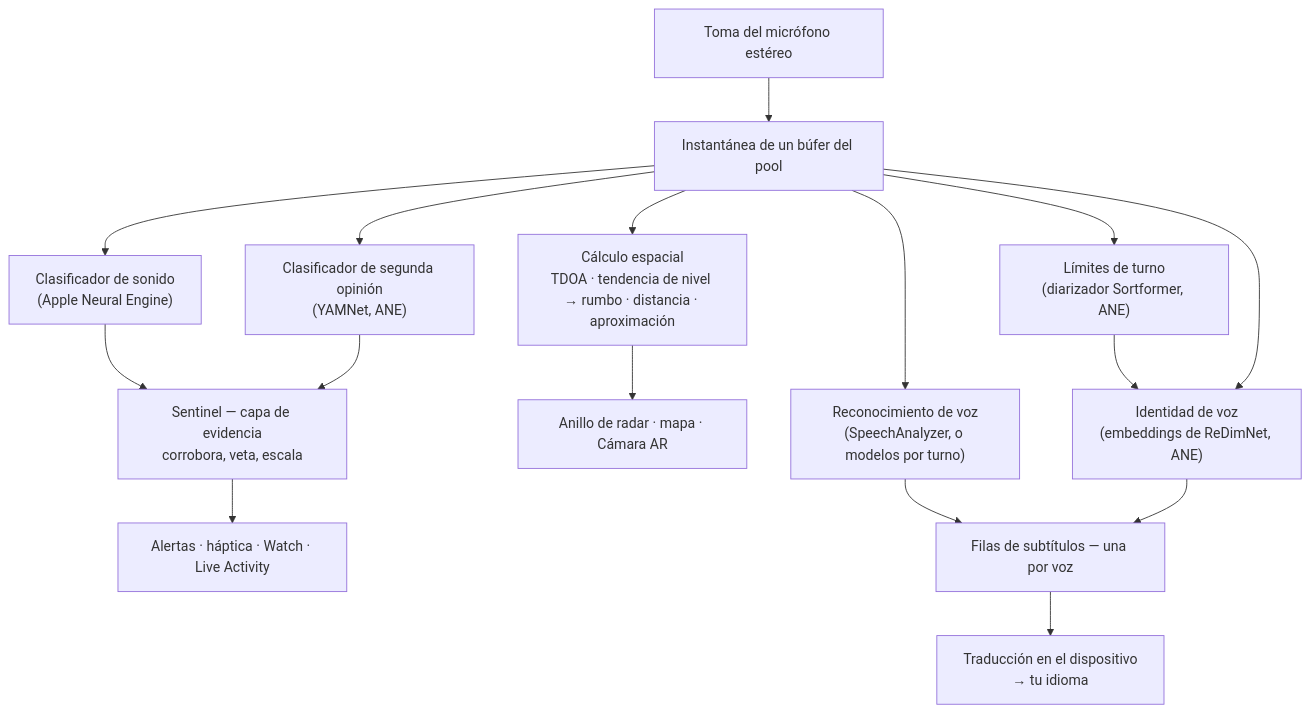
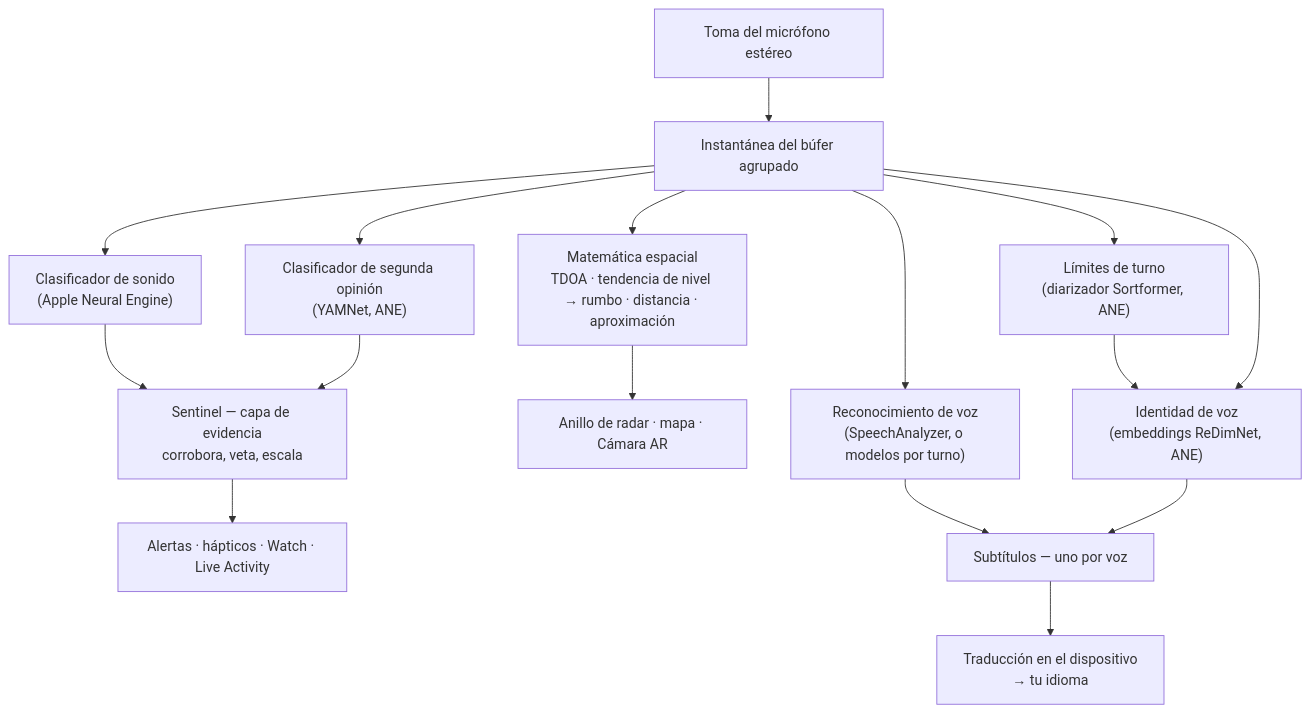
The second of 4 diagrams in README_es.md (rpalm01-star/VigilantEarLegal), drawn with Mermaid before and after one commit. The commit also changed other lines of this file and 14 other files, not shown here.

````diff
--- a/README_es.md
+++ b/README_es.md
@@ -145,18 +164,18 @@
 ```mermaid
 graph TD
-    A["Toma del micrófono estéreo"] --> B["Instantánea de un búfer del pool"]
+    A["Toma del micrófono estéreo"] --> B["Instantánea del búfer agrupado"]
     B --> C["Clasificador de sonido<br/>(Apple Neural Engine)"]
     B --> Y["Clasificador de segunda opinión<br/>(YAMNet, ANE)"]
     C --> S["Sentinel — capa de evidencia<br/>corrobora, veta, escala"]
     Y --> S
-    S --> H["Alertas · háptica · Watch · Live Activity"]
-    B --> D["Cálculo espacial<br/>TDOA · tendencia de nivel → rumbo · distancia · aproximación"]
+    S --> H["Alertas · hápticos · Watch · Live Activity"]
+    B --> D["Matemática espacial<br/>TDOA · tendencia de nivel → rumbo · distancia · aproximación"]
     D --> R["Anillo de radar · mapa · Cámara AR"]
     B --> F["Reconocimiento de voz<br/>(SpeechAnalyzer, o modelos por turno)"]
     B --> N["Límites de turno<br/>(diarizador Sortformer, ANE)"]
-    N --> E["Identidad de voz<br/>(embeddings de ReDimNet, ANE)"]
+    N --> E["Identidad de voz<br/>(embeddings ReDimNet, ANE)"]
     B --> E
-    F --> G["Filas de subtítulos — una por voz"]
+    F --> G["Subtítulos — uno por voz"]
     E --> G
     G --> T["Traducción en el dispositivo<br/>→ tu idioma"]
 ```
````
